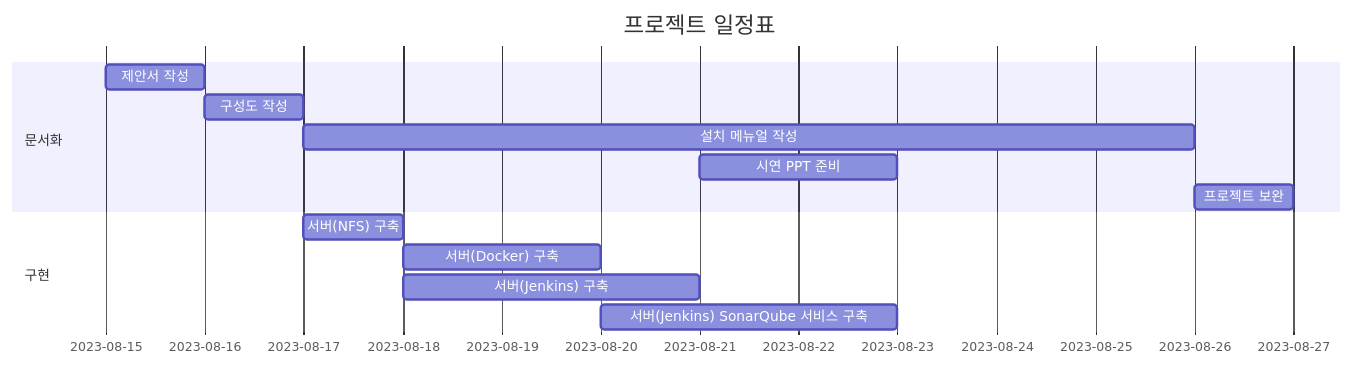
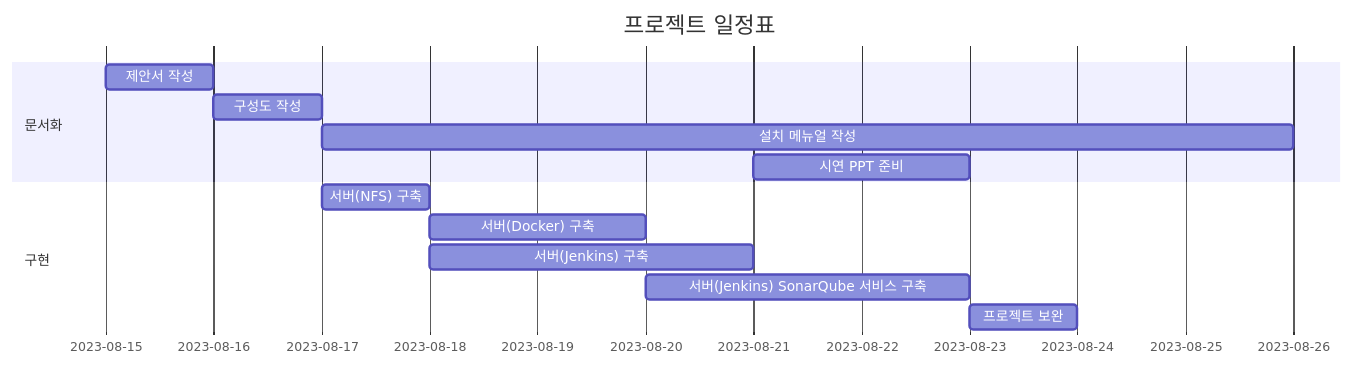
The diagram in README.md (KimJeongHoon190/First_Project), drawn with Mermaid before and after one commit.

````diff
--- a/README.md
+++ b/README.md
@@ -3,17 +3,18 @@
 ```mermaid
 gantt
     title 프로젝트 일정표
     dateFormat  YYYY-MM-DD
     section 문서화
     제안서 작성  : a1, 2023-08-15, 1d
     구성도 작성  : after a1, 1d
     설치 메뉴얼 작성 : after a1, 2023-08-17, 9d
     시연 PPT 준비 : after a1, 2023-08-21, 2d
-    프로젝트 보완 : after a1, 2023-08-26, 1d
+   
 
     section 구현
     서버(NFS) 구축  : b1, 2023-08-17, 1d
     서버(Docker) 구축: b2, 2023-08-18, 2d
     서버(Jenkins) 구축 :after b1, 3d
     서버(Jenkins) SonarQube 서비스 구축: b3, 2023-08-20, 3d
+    프로젝트 보완 : after b3, 1d
 ```
````
